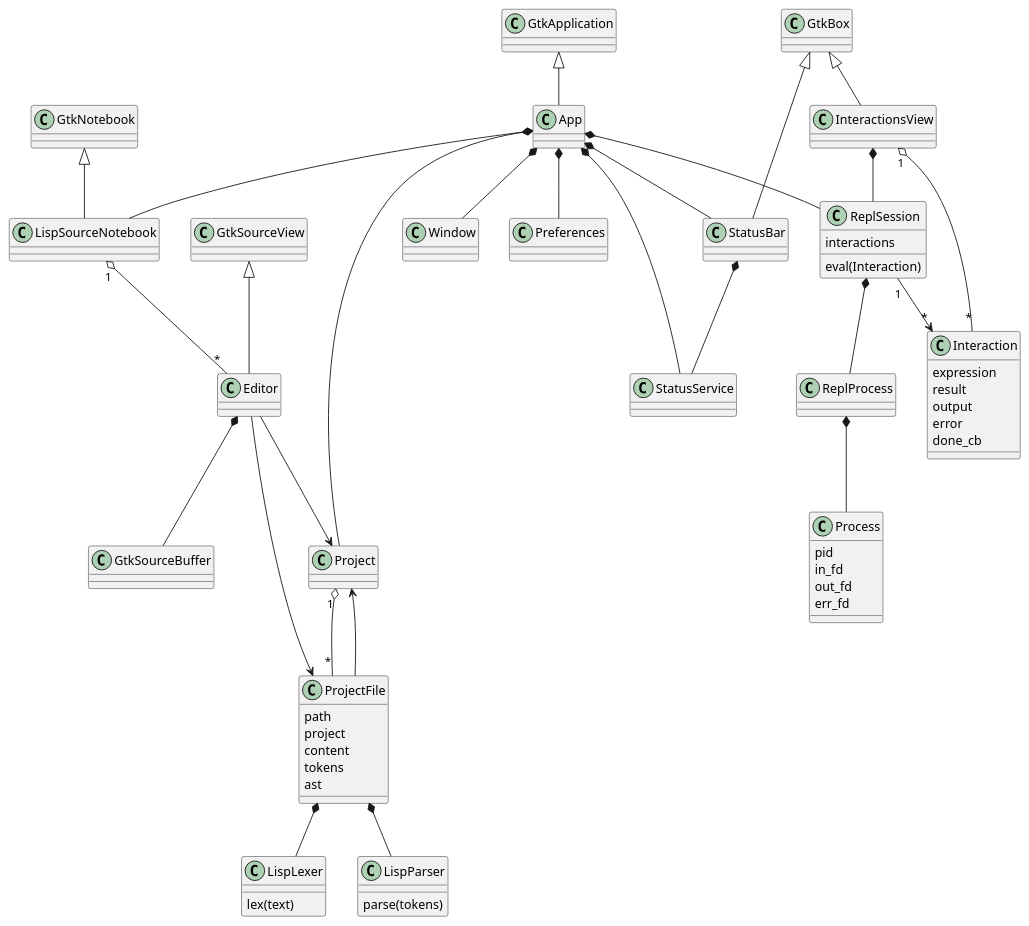
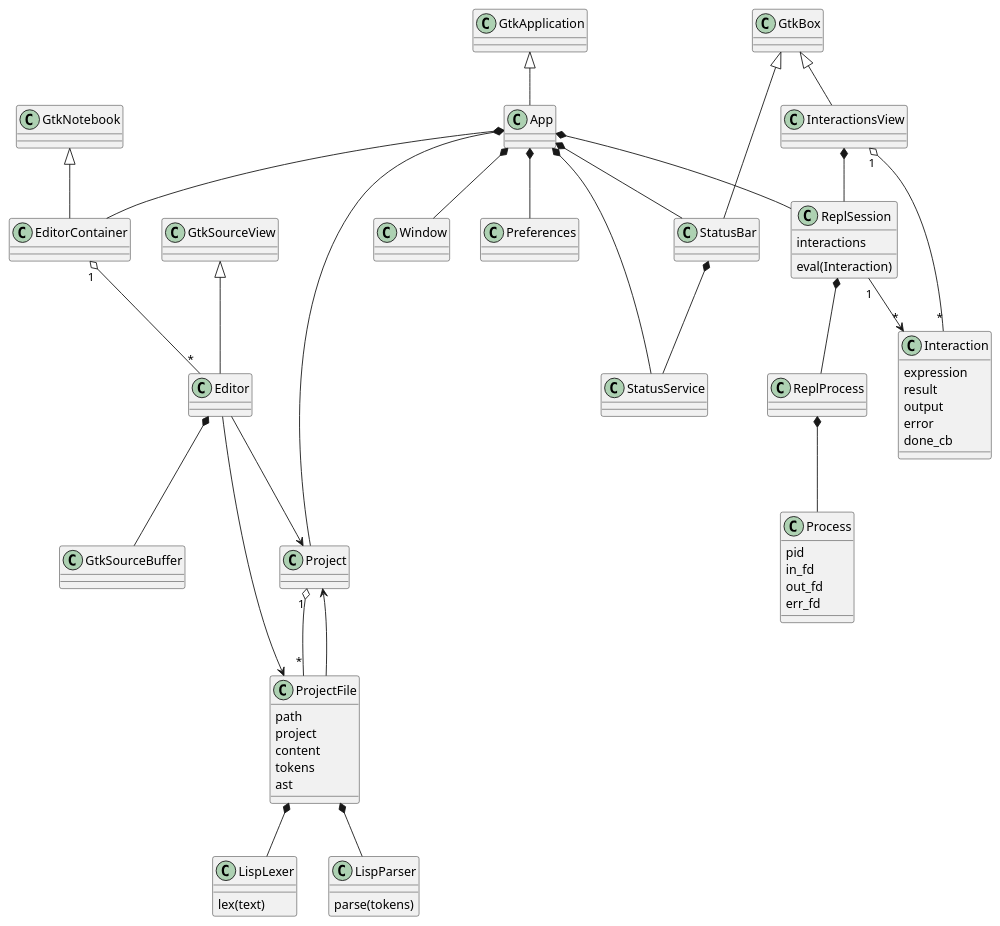
Before and after one commit to JeromeA/glide: the diagram in doc/classes.plantuml, drawn with PlantUML. The commit also changed 12 other files, not shown here.

Commit message:
Rename LispSourceNotebook to EditorContainer

```diff
--- a/doc/classes.plantuml
+++ b/doc/classes.plantuml
@@ -1,54 +1,54 @@
 @startuml
 
 GtkApplication <|-- App
 App *-- Project
 App *-- ReplSession
 App *-- Window
-App *-- LispSourceNotebook
+App *-- EditorContainer
 App *-- Preferences
 App *-- StatusBar
 App *-- StatusService
 StatusBar *-- StatusService
 
 GtkSourceView <|-- Editor
 Editor *-- GtkSourceBuffer
 Editor --> Project
 Editor --> ProjectFile
-GtkNotebook <|-- LispSourceNotebook
-LispSourceNotebook "1" o-- "*" Editor
+GtkNotebook <|-- EditorContainer
+EditorContainer "1" o-- "*" Editor
 
 Project "1" o-- "*" ProjectFile
 
 ProjectFile *-- LispLexer
 ProjectFile *-- LispParser
 ProjectFile : path
 ProjectFile : project
 ProjectFile : content
 ProjectFile : tokens
 ProjectFile : ast
 ProjectFile --> Project
 
 GtkBox <|-- InteractionsView
 GtkBox <|-- StatusBar
 InteractionsView "1" o-- "*" Interaction
 InteractionsView *-- ReplSession
 Interaction : expression
 Interaction : result
 Interaction : output
 Interaction : error
 Interaction : done_cb
 ReplSession : eval(Interaction)
 ReplSession : interactions
 ReplSession "1" --> "*" Interaction
 ReplSession *-- ReplProcess
 ReplProcess *-- Process
 
 Process : pid
 Process : in_fd
 Process : out_fd
 Process : err_fd
 
 LispLexer : lex(text)
 LispParser : parse(tokens)
 
 @enduml
```
